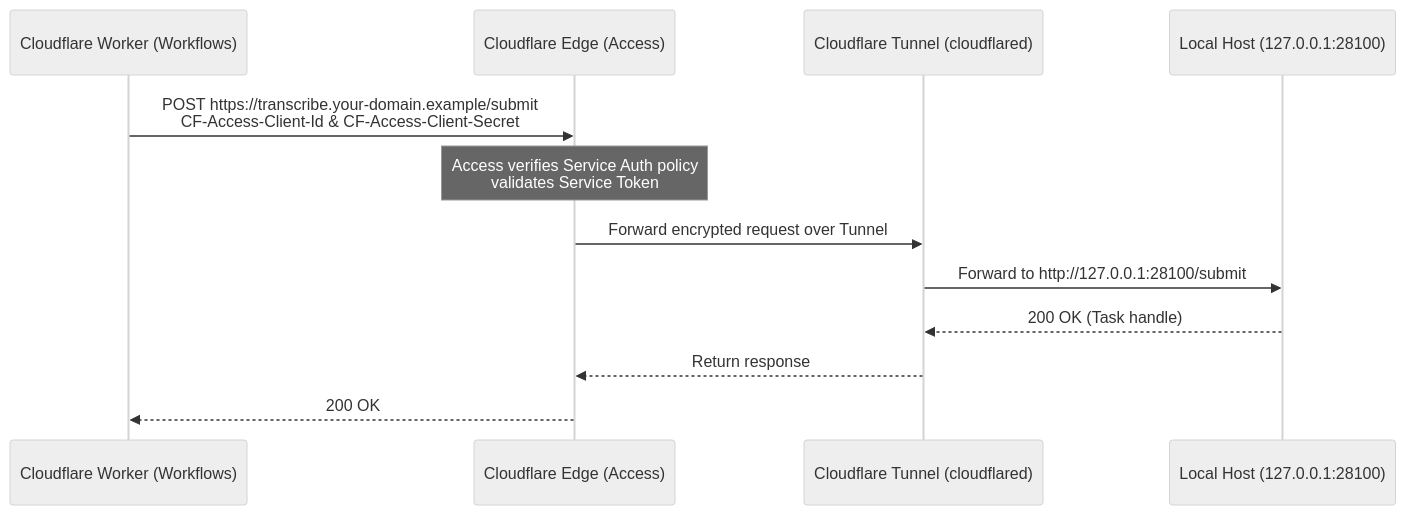
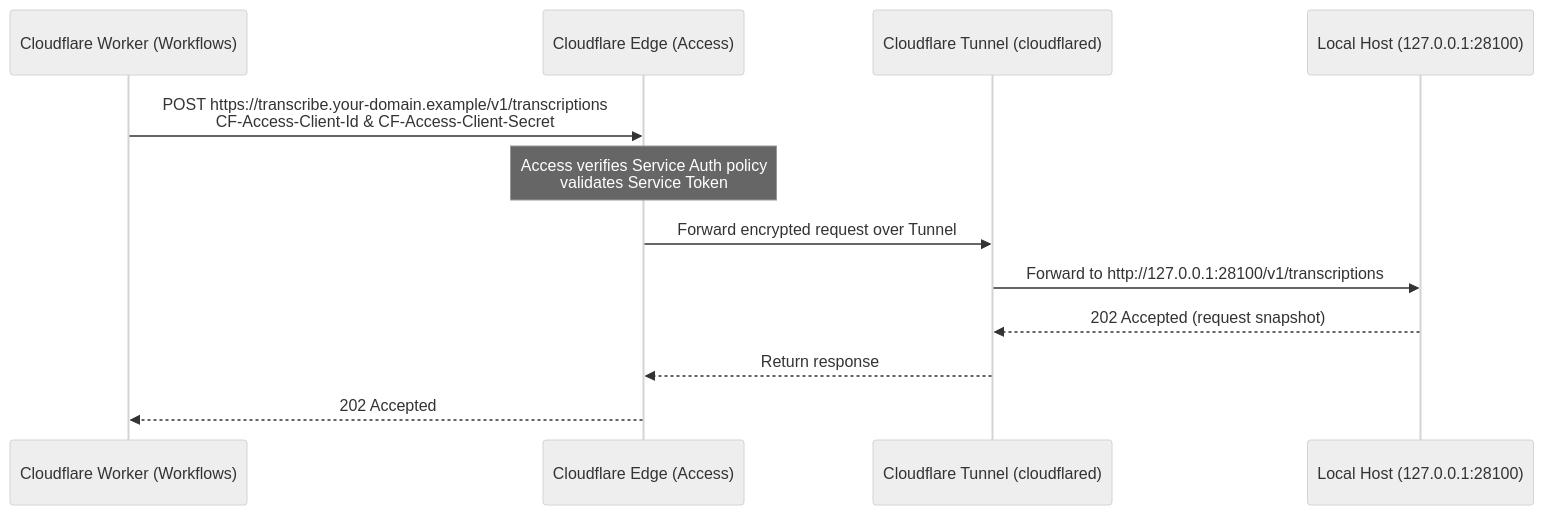
Before and after one commit to xielevi/read-podcast: the second of 2 diagrams in docs/DEPLOYMENT.md, drawn with Mermaid (neutral theme). The commit also changed other lines of this file and 4 other files, not shown here.

````diff
--- a/docs/DEPLOYMENT.md
+++ b/docs/DEPLOYMENT.md
@@ -304,15 +295,15 @@
 ```mermaid
 sequenceDiagram
     participant Worker as Cloudflare Worker (Workflows)
     participant Edge as Cloudflare Edge (Access)
     participant Tunnel as Cloudflare Tunnel (cloudflared)
     participant Service as Local Host (127.0.0.1:28100)
 
-    Worker->>Edge: POST https://transcribe.your-domain.example/submit<br/>CF-Access-Client-Id & CF-Access-Client-Secret
+    Worker->>Edge: POST https://transcribe.your-domain.example/v1/transcriptions<br/>CF-Access-Client-Id & CF-Access-Client-Secret
     Note over Edge: Access verifies Service Auth policy<br/>validates Service Token
     Edge->>Tunnel: Forward encrypted request over Tunnel
-    Tunnel->>Service: Forward to http://127.0.0.1:28100/submit
-    Service-->>Tunnel: 200 OK (Task handle)
+    Tunnel->>Service: Forward to http://127.0.0.1:28100/v1/transcriptions
+    Service-->>Tunnel: 202 Accepted (request snapshot)
     Tunnel-->>Edge: Return response
-    Edge-->>Worker: 200 OK
+    Edge-->>Worker: 202 Accepted
 ```
````
